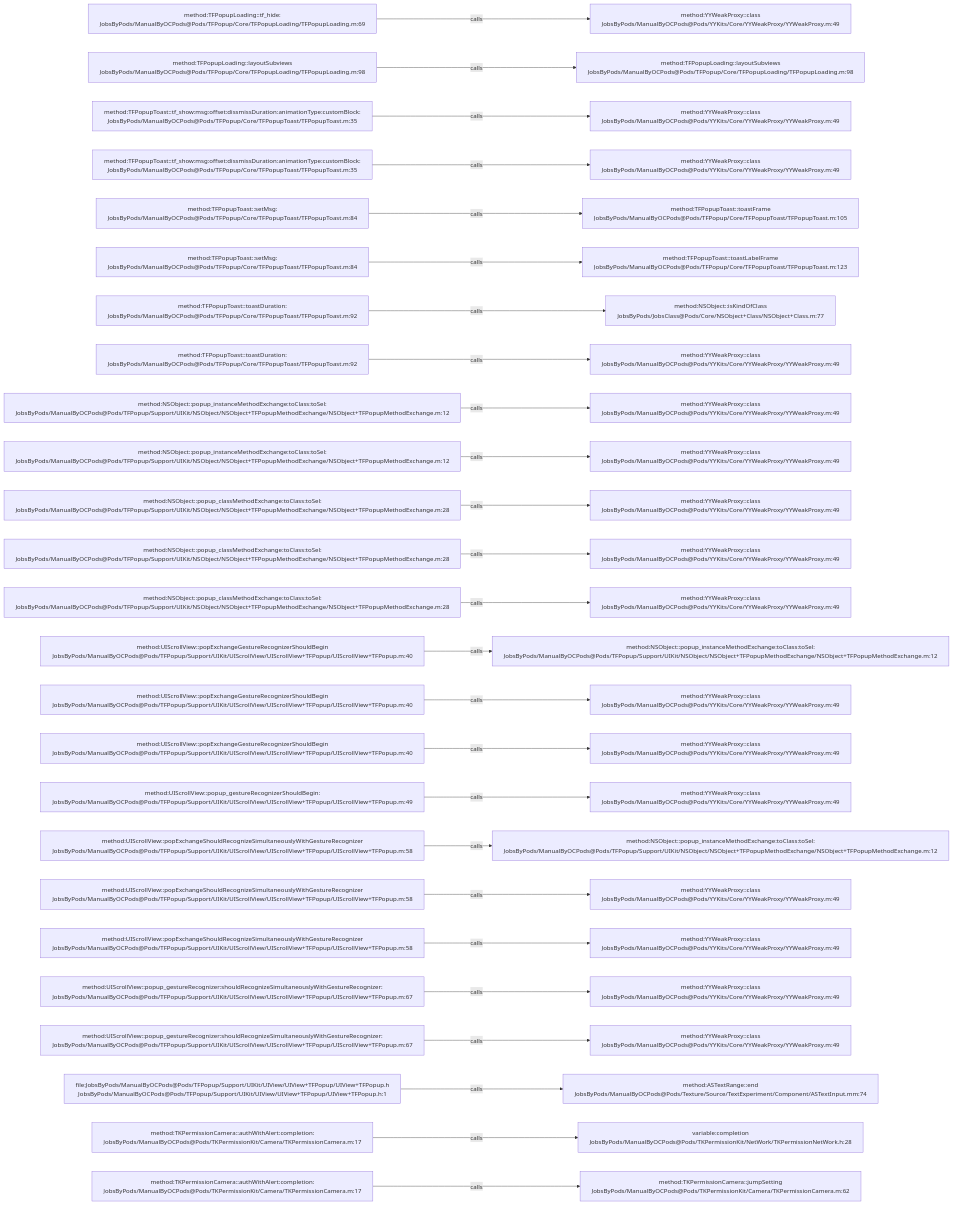
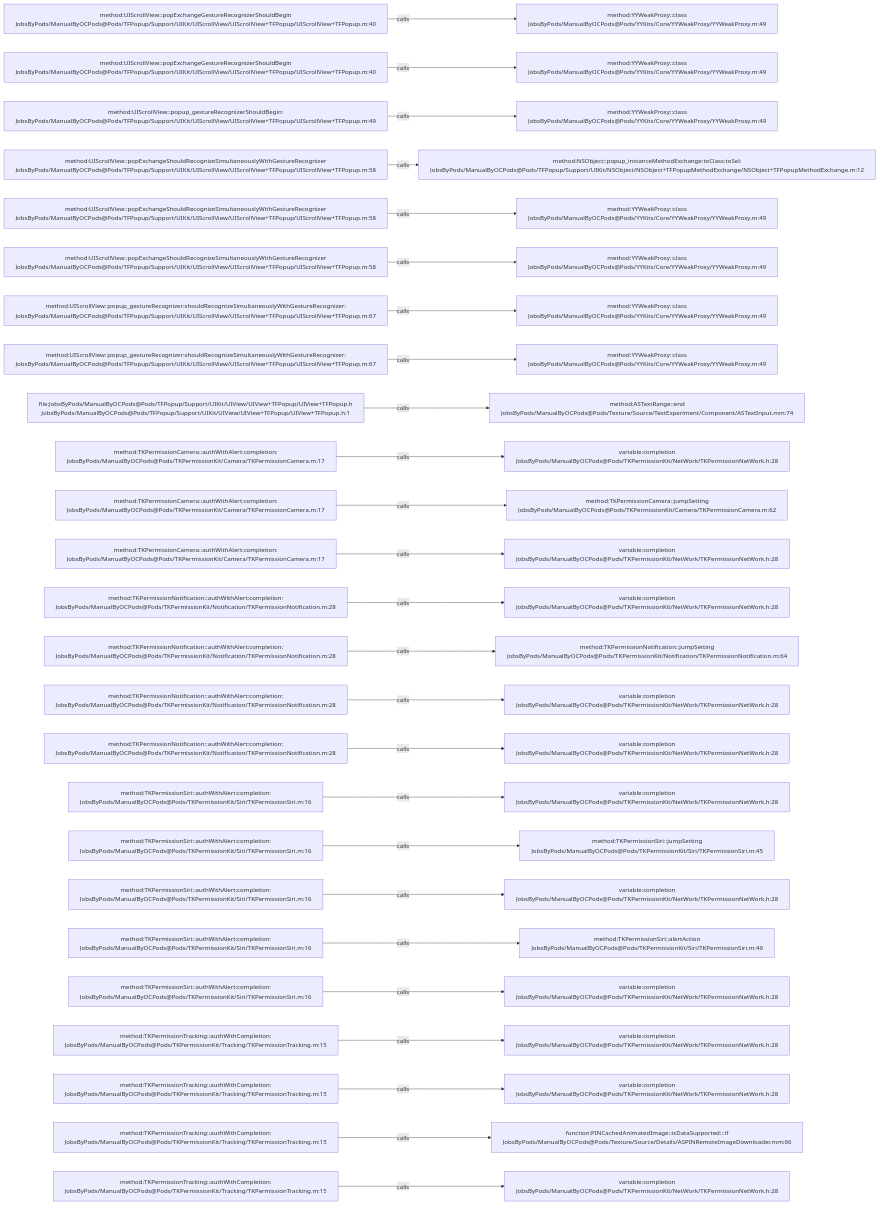
One commit to JobsKits/JobsOCBaseConfigDemo changed the diagram in .codegraph/codegraph.md/graphs/calls-071.md. Above: the diagram before and after it, drawn with Mermaid. The commit also changed 296 other files, not shown here.

````diff
--- a/.codegraph/codegraph.md/graphs/calls-071.md
+++ b/.codegraph/codegraph.md/graphs/calls-071.md
@@ -13,78 +13,78 @@
 ```mermaid
 flowchart LR
-  S1["method:TFPopupLoading::tf_hide:<br/>JobsByPods/ManualByOCPods@Pods/TFPopup/Core/TFPopupLoading/TFPopupLoading.m:69"]
+  S1["method:UIScrollView::popExchangeGestureRecognizerShouldBegin<br/>JobsByPods/ManualByOCPods@Pods/TFPopup/Support/UIKit/UIScrollView/UIScrollView+TFPopup/UIScrollView+TFPopup.m:40"]
   T1["method:YYWeakProxy::class<br/>JobsByPods/ManualByOCPods@Pods/YYKits/Core/YYWeakProxy/YYWeakProxy.m:49"]
   S1 -->|calls| T1
-  S2["method:TFPopupLoading::layoutSubviews<br/>JobsByPods/ManualByOCPods@Pods/TFPopup/Core/TFPopupLoading/TFPopupLoading.m:98"]
-  T2["method:TFPopupLoading::layoutSubviews<br/>JobsByPods/ManualByOCPods@Pods/TFPopup/Core/TFPopupLoading/TFPopupLoading.m:98"]
+  S2["method:UIScrollView::popExchangeGestureRecognizerShouldBegin<br/>JobsByPods/ManualByOCPods@Pods/TFPopup/Support/UIKit/UIScrollView/UIScrollView+TFPopup/UIScrollView+TFPopup.m:40"]
+  T2["method:YYWeakProxy::class<br/>JobsByPods/ManualByOCPods@Pods/YYKits/Core/YYWeakProxy/YYWeakProxy.m:49"]
   S2 -->|calls| T2
-  S3["method:TFPopupToast::tf_show:msg:offset:dissmissDuration:animationType:customBlock:<br/>JobsByPods/ManualByOCPods@Pods/TFPopup/Core/TFPopupToast/TFPopupToast.m:35"]
+  S3["method:UIScrollView::popup_gestureRecognizerShouldBegin:<br/>JobsByPods/ManualByOCPods@Pods/TFPopup/Support/UIKit/UIScrollView/UIScrollView+TFPopup/UIScrollView+TFPopup.m:49"]
   T3["method:YYWeakProxy::class<br/>JobsByPods/ManualByOCPods@Pods/YYKits/Core/YYWeakProxy/YYWeakProxy.m:49"]
   S3 -->|calls| T3
-  S4["method:TFPopupToast::tf_show:msg:offset:dissmissDuration:animationType:customBlock:<br/>JobsByPods/ManualByOCPods@Pods/TFPopup/Core/TFPopupToast/TFPopupToast.m:35"]
-  T4["method:YYWeakProxy::class<br/>JobsByPods/ManualByOCPods@Pods/YYKits/Core/YYWeakProxy/YYWeakProxy.m:49"]
+  S4["method:UIScrollView::popExchangeShouldRecognizeSimultaneouslyWithGestureRecognizer<br/>JobsByPods/ManualByOCPods@Pods/TFPopup/Support/UIKit/UIScrollView/UIScrollView+TFPopup/UIScrollView+TFPopup.m:58"]
+  T4["method:NSObject::popup_instanceMethodExchange:toClass:toSel:<br/>JobsByPods/ManualByOCPods@Pods/TFPopup/Support/UIKit/NSObject/NSObject+TFPopupMethodExchange/NSObject+TFPopupMethodExchange.m:12"]
   S4 -->|calls| T4
-  S5["method:TFPopupToast::setMsg:<br/>JobsByPods/ManualByOCPods@Pods/TFPopup/Core/TFPopupToast/TFPopupToast.m:84"]
-  T5["method:TFPopupToast::toastFrame<br/>JobsByPods/ManualByOCPods@Pods/TFPopup/Core/TFPopupToast/TFPopupToast.m:105"]
+  S5["method:UIScrollView::popExchangeShouldRecognizeSimultaneouslyWithGestureRecognizer<br/>JobsByPods/ManualByOCPods@Pods/TFPopup/Support/UIKit/UIScrollView/UIScrollView+TFPopup/UIScrollView+TFPopup.m:58"]
+  T5["method:YYWeakProxy::class<br/>JobsByPods/ManualByOCPods@Pods/YYKits/Core/YYWeakProxy/YYWeakProxy.m:49"]
   S5 -->|calls| T5
-  S6["method:TFPopupToast::setMsg:<br/>JobsByPods/ManualByOCPods@Pods/TFPopup/Core/TFPopupToast/TFPopupToast.m:84"]
-  T6["method:TFPopupToast::toastLabelFrame<br/>JobsByPods/ManualByOCPods@Pods/TFPopup/Core/TFPopupToast/TFPopupToast.m:123"]
+  S6["method:UIScrollView::popExchangeShouldRecognizeSimultaneouslyWithGestureRecognizer<br/>JobsByPods/ManualByOCPods@Pods/TFPopup/Support/UIKit/UIScrollView/UIScrollView+TFPopup/UIScrollView+TFPopup.m:58"]
+  T6["method:YYWeakProxy::class<br/>JobsByPods/ManualByOCPods@Pods/YYKits/Core/YYWeakProxy/YYWeakProxy.m:49"]
   S6 -->|calls| T6
-  S7["method:TFPopupToast::toastDuration:<br/>JobsByPods/ManualByOCPods@Pods/TFPopup/Core/TFPopupToast/TFPopupToast.m:92"]
-  T7["method:NSObject::isKindOfClass<br/>JobsByPods/JobsClass@Pods/Core/NSObject+Class/NSObject+Class.m:77"]
+  S7["method:UIScrollView::popup_gestureRecognizer:shouldRecognizeSimultaneouslyWithGestureRecognizer:<br/>JobsByPods/ManualByOCPods@Pods/TFPopup/Support/UIKit/UIScrollView/UIScrollView+TFPopup/UIScrollView+TFPopup.m:67"]
+  T7["method:YYWeakProxy::class<br/>JobsByPods/ManualByOCPods@Pods/YYKits/Core/YYWeakProxy/YYWeakProxy.m:49"]
   S7 -->|calls| T7
-  S8["method:TFPopupToast::toastDuration:<br/>JobsByPods/ManualByOCPods@Pods/TFPopup/Core/TFPopupToast/TFPopupToast.m:92"]
+  S8["method:UIScrollView::popup_gestureRecognizer:shouldRecognizeSimultaneouslyWithGestureRecognizer:<br/>JobsByPods/ManualByOCPods@Pods/TFPopup/Support/UIKit/UIScrollView/UIScrollView+TFPopup/UIScrollView+TFPopup.m:67"]
   T8["method:YYWeakProxy::class<br/>JobsByPods/ManualByOCPods@Pods/YYKits/Core/YYWeakProxy/YYWeakProxy.m:49"]
   S8 -->|calls| T8
-  S9["method:NSObject::popup_instanceMethodExchange:toClass:toSel:<br/>JobsByPods/ManualByOCPods@Pods/TFPopup/Support/UIKit/NSObject/NSObject+TFPopupMethodExchange/NSObject+TFPopupMethodExchange.m:12"]
-  T9["method:YYWeakProxy::class<br/>JobsByPods/ManualByOCPods@Pods/YYKits/Core/YYWeakProxy/YYWeakProxy.m:49"]
+  S9["file:JobsByPods/ManualByOCPods@Pods/TFPopup/Support/UIKit/UIView/UIView+TFPopup/UIView+TFPopup.h<br/>JobsByPods/ManualByOCPods@Pods/TFPopup/Support/UIKit/UIView/UIView+TFPopup/UIView+TFPopup.h:1"]
+  T9["method:ASTextRange::end<br/>JobsByPods/ManualByOCPods@Pods/Texture/Source/TextExperiment/Component/ASTextInput.mm:74"]
   S9 -->|calls| T9
-  S10["method:NSObject::popup_instanceMethodExchange:toClass:toSel:<br/>JobsByPods/ManualByOCPods@Pods/TFPopup/Support/UIKit/NSObject/NSObject+TFPopupMethodExchange/NSObject+TFPopupMethodExchange.m:12"]
-  T10["method:YYWeakProxy::class<br/>JobsByPods/ManualByOCPods@Pods/YYKits/Core/YYWeakProxy/YYWeakProxy.m:49"]
+  S10["method:TKPermissionCamera::authWithAlert:completion:<br/>JobsByPods/ManualByOCPods@Pods/TKPermissionKit/Camera/TKPermissionCamera.m:17"]
+  T10["variable:completion<br/>JobsByPods/ManualByOCPods@Pods/TKPermissionKit/NetWork/TKPermissionNetWork.h:28"]
   S10 -->|calls| T10
-  S11["method:NSObject::popup_classMethodExchange:toClass:toSel:<br/>JobsByPods/ManualByOCPods@Pods/TFPopup/Support/UIKit/NSObject/NSObject+TFPopupMethodExchange/NSObject+TFPopupMethodExchange.m:28"]
-  T11["method:YYWeakProxy::class<br/>JobsByPods/ManualByOCPods@Pods/YYKits/Core/YYWeakProxy/YYWeakProxy.m:49"]
+  S11["method:TKPermissionCamera::authWithAlert:completion:<br/>JobsByPods/ManualByOCPods@Pods/TKPermissionKit/Camera/TKPermissionCamera.m:17"]
+  T11["method:TKPermissionCamera::jumpSetting<br/>JobsByPods/ManualByOCPods@Pods/TKPermissionKit/Camera/TKPermissionCamera.m:62"]
   S11 -->|calls| T11
-  S12["method:NSObject::popup_classMethodExchange:toClass:toSel:<br/>JobsByPods/ManualByOCPods@Pods/TFPopup/Support/UIKit/NSObject/NSObject+TFPopupMethodExchange/NSObject+TFPopupMethodExchange.m:28"]
-  T12["method:YYWeakProxy::class<br/>JobsByPods/ManualByOCPods@Pods/YYKits/Core/YYWeakProxy/YYWeakProxy.m:49"]
+  S12["method:TKPermissionCamera::authWithAlert:completion:<br/>JobsByPods/ManualByOCPods@Pods/TKPermissionKit/Camera/TKPermissionCamera.m:17"]
+  T12["variable:completion<br/>JobsByPods/ManualByOCPods@Pods/TKPermissionKit/NetWork/TKPermissionNetWork.h:28"]
   S12 -->|calls| T12
-  S13["method:NSObject::popup_classMethodExchange:toClass:toSel:<br/>JobsByPods/ManualByOCPods@Pods/TFPopup/Support/UIKit/NSObject/NSObject+TFPopupMethodExchange/NSObject+TFPopupMethodExchange.m:28"]
-  T13["method:YYWeakProxy::class<br/>JobsByPods/ManualByOCPods@Pods/YYKits/Core/YYWeakProxy/YYWeakProxy.m:49"]
+  S13["method:TKPermissionNotification::authWithAlert:completion:<br/>JobsByPods/ManualByOCPods@Pods/TKPermissionKit/Notification/TKPermissionNotification.m:28"]
+  T13["variable:completion<br/>JobsByPods/ManualByOCPods@Pods/TKPermissionKit/NetWork/TKPermissionNetWork.h:28"]
   S13 -->|calls| T13
-  S14["method:UIScrollView::popExchangeGestureRecognizerShouldBegin<br/>JobsByPods/ManualByOCPods@Pods/TFPopup/Support/UIKit/UIScrollView/UIScrollView+TFPopup/UIScrollView+TFPopup.m:40"]
-  T14["method:NSObject::popup_instanceMethodExchange:toClass:toSel:<br/>JobsByPods/ManualByOCPods@Pods/TFPopup/Support/UIKit/NSObject/NSObject+TFPopupMethodExchange/NSObject+TFPopupMethodExchange.m:12"]
+  S14["method:TKPermissionNotification::authWithAlert:completion:<br/>JobsByPods/ManualByOCPods@Pods/TKPermissionKit/Notification/TKPermissionNotification.m:28"]
+  T14["method:TKPermissionNotification::jumpSetting<br/>JobsByPods/ManualByOCPods@Pods/TKPermissionKit/Notification/TKPermissionNotification.m:64"]
   S14 -->|calls| T14
-  S15["method:UIScrollView::popExchangeGestureRecognizerShouldBegin<br/>JobsByPods/ManualByOCPods@Pods/TFPopup/Support/UIKit/UIScrollView/UIScrollView+TFPopup/UIScrollView+TFPopup.m:40"]
-  T15["method:YYWeakProxy::class<br/>JobsByPods/ManualByOCPods@Pods/YYKits/Core/YYWeakProxy/YYWeakProxy.m:49"]
+  S15["method:TKPermissionNotification::authWithAlert:completion:<br/>JobsByPods/ManualByOCPods@Pods/TKPermissionKit/Notification/TKPermissionNotification.m:28"]
+  T15["variable:completion<br/>JobsByPods/ManualByOCPods@Pods/TKPermissionKit/NetWork/TKPermissionNetWork.h:28"]
   S15 -->|calls| T15
-  S16["method:UIScrollView::popExchangeGestureRecognizerShouldBegin<br/>JobsByPods/ManualByOCPods@Pods/TFPopup/Support/UIKit/UIScrollView/UIScrollView+TFPopup/UIScrollView+TFPopup.m:40"]
-  T16["method:YYWeakProxy::class<br/>JobsByPods/ManualByOCPods@Pods/YYKits/Core/YYWeakProxy/YYWeakProxy.m:49"]
+  S16["method:TKPermissionNotification::authWithAlert:completion:<br/>JobsByPods/ManualByOCPods@Pods/TKPermissionKit/Notification/TKPermissionNotification.m:28"]
+  T16["variable:completion<br/>JobsByPods/ManualByOCPods@Pods/TKPermissionKit/NetWork/TKPermissionNetWork.h:28"]
   S16 -->|calls| T16
-  S17["method:UIScrollView::popup_gestureRecognizerShouldBegin:<br/>JobsByPods/ManualByOCPods@Pods/TFPopup/Support/UIKit/UIScrollView/UIScrollView+TFPopup/UIScrollView+TFPopup.m:49"]
-  T17["method:YYWeakProxy::class<br/>JobsByPods/ManualByOCPods@Pods/YYKits/Core/YYWeakProxy/YYWeakProxy.m:49"]
+  S17["method:TKPermissionSiri::authWithAlert:completion:<br/>JobsByPods/ManualByOCPods@Pods/TKPermissionKit/Siri/TKPermissionSiri.m:16"]
+  T17["variable:completion<br/>JobsByPods/ManualByOCPods@Pods/TKPermissionKit/NetWork/TKPermissionNetWork.h:28"]
   S17 -->|calls| T17
-  S18["method:UIScrollView::popExchangeShouldRecognizeSimultaneouslyWithGestureRecognizer<br/>JobsByPods/ManualByOCPods@Pods/TFPopup/Support/UIKit/UIScrollView/UIScrollView+TFPopup/UIScrollView+TFPopup.m:58"]
-  T18["method:NSObject::popup_instanceMethodExchange:toClass:toSel:<br/>JobsByPods/ManualByOCPods@Pods/TFPopup/Support/UIKit/NSObject/NSObject+TFPopupMethodExchange/NSObject+TFPopupMethodExchange.m:12"]
+  S18["method:TKPermissionSiri::authWithAlert:completion:<br/>JobsByPods/ManualByOCPods@Pods/TKPermissionKit/Siri/TKPermissionSiri.m:16"]
+  T18["method:TKPermissionSiri::jumpSetting<br/>JobsByPods/ManualByOCPods@Pods/TKPermissionKit/Siri/TKPermissionSiri.m:45"]
   S18 -->|calls| T18
-  S19["method:UIScrollView::popExchangeShouldRecognizeSimultaneouslyWithGestureRecognizer<br/>JobsByPods/ManualByOCPods@Pods/TFPopup/Support/UIKit/UIScrollView/UIScrollView+TFPopup/UIScrollView+TFPopup.m:58"]
-  T19["method:YYWeakProxy::class<br/>JobsByPods/ManualByOCPods@Pods/YYKits/Core/YYWeakProxy/YYWeakProxy.m:49"]
+  S19["method:TKPermissionSiri::authWithAlert:completion:<br/>JobsByPods/ManualByOCPods@Pods/TKPermissionKit/Siri/TKPermissionSiri.m:16"]
+  T19["variable:completion<br/>JobsByPods/ManualByOCPods@Pods/TKPermissionKit/NetWork/TKPermissionNetWork.h:28"]
   S19 -->|calls| T19
-  S20["method:UIScrollView::popExchangeShouldRecognizeSimultaneouslyWithGestureRecognizer<br/>JobsByPods/ManualByOCPods@Pods/TFPopup/Support/UIKit/UIScrollView/UIScrollView+TFPopup/UIScrollView+TFPopup.m:58"]
-  T20["method:YYWeakProxy::class<br/>JobsByPods/ManualByOCPods@Pods/YYKits/Core/YYWeakProxy/YYWeakProxy.m:49"]
+  S20["method:TKPermissionSiri::authWithAlert:completion:<br/>JobsByPods/ManualByOCPods@Pods/TKPermissionKit/Siri/TKPermissionSiri.m:16"]
+  T20["method:TKPermissionSiri::alertAction<br/>JobsByPods/ManualByOCPods@Pods/TKPermissionKit/Siri/TKPermissionSiri.m:49"]
   S20 -->|calls| T20
-  S21["method:UIScrollView::popup_gestureRecognizer:shouldRecognizeSimultaneouslyWithGestureRecognizer:<br/>JobsByPods/ManualByOCPods@Pods/TFPopup/Support/UIKit/UIScrollView/UIScrollView+TFPopup/UIScrollView+TFPopup.m:67"]
-  T21["method:YYWeakProxy::class<br/>JobsByPods/ManualByOCPods@Pods/YYKits/Core/YYWeakProxy/YYWeakProxy.m:49"]
+  S21["method:TKPermissionSiri::authWithAlert:completion:<br/>JobsByPods/ManualByOCPods@Pods/TKPermissionKit/Siri/TKPermissionSiri.m:16"]
+  T21["variable:completion<br/>JobsByPods/ManualByOCPods@Pods/TKPermissionKit/NetWork/TKPermissionNetWork.h:28"]
   S21 -->|calls| T21
-  S22["method:UIScrollView::popup_gestureRecognizer:shouldRecognizeSimultaneouslyWithGestureRecognizer:<br/>JobsByPods/ManualByOCPods@Pods/TFPopup/Support/UIKit/UIScrollView/UIScrollView+TFPopup/UIScrollView+TFPopup.m:67"]
-  T22["method:YYWeakProxy::class<br/>JobsByPods/ManualByOCPods@Pods/YYKits/Core/YYWeakProxy/YYWeakProxy.m:49"]
+  S22["method:TKPermissionTracking::authWithCompletion:<br/>JobsByPods/ManualByOCPods@Pods/TKPermissionKit/Tracking/TKPermissionTracking.m:15"]
+  T22["variable:completion<br/>JobsByPods/ManualByOCPods@Pods/TKPermissionKit/NetWork/TKPermissionNetWork.h:28"]
   S22 -->|calls| T22
-  S23["file:JobsByPods/ManualByOCPods@Pods/TFPopup/Support/UIKit/UIView/UIView+TFPopup/UIView+TFPopup.h<br/>JobsByPods/ManualByOCPods@Pods/TFPopup/Support/UIKit/UIView/UIView+TFPopup/UIView+TFPopup.h:1"]
-  T23["method:ASTextRange::end<br/>JobsByPods/ManualByOCPods@Pods/Texture/Source/TextExperiment/Component/ASTextInput.mm:74"]
+  S23["method:TKPermissionTracking::authWithCompletion:<br/>JobsByPods/ManualByOCPods@Pods/TKPermissionKit/Tracking/TKPermissionTracking.m:15"]
+  T23["variable:completion<br/>JobsByPods/ManualByOCPods@Pods/TKPermissionKit/NetWork/TKPermissionNetWork.h:28"]
   S23 -->|calls| T23
-  S24["method:TKPermissionCamera::authWithAlert:completion:<br/>JobsByPods/ManualByOCPods@Pods/TKPermissionKit/Camera/TKPermissionCamera.m:17"]
-  T24["variable:completion<br/>JobsByPods/ManualByOCPods@Pods/TKPermissionKit/NetWork/TKPermissionNetWork.h:28"]
+  S24["method:TKPermissionTracking::authWithCompletion:<br/>JobsByPods/ManualByOCPods@Pods/TKPermissionKit/Tracking/TKPermissionTracking.m:15"]
+  T24["function:PINCachedAnimatedImage::isDataSupported:::if<br/>JobsByPods/ManualByOCPods@Pods/Texture/Source/Details/ASPINRemoteImageDownloader.mm:66"]
   S24 -->|calls| T24
-  S25["method:TKPermissionCamera::authWithAlert:completion:<br/>JobsByPods/ManualByOCPods@Pods/TKPermissionKit/Camera/TKPermissionCamera.m:17"]
-  T25["method:TKPermissionCamera::jumpSetting<br/>JobsByPods/ManualByOCPods@Pods/TKPermissionKit/Camera/TKPermissionCamera.m:62"]
+  S25["method:TKPermissionTracking::authWithCompletion:<br/>JobsByPods/ManualByOCPods@Pods/TKPermissionKit/Tracking/TKPermissionTracking.m:15"]
+  T25["variable:completion<br/>JobsByPods/ManualByOCPods@Pods/TKPermissionKit/NetWork/TKPermissionNetWork.h:28"]
   S25 -->|calls| T25
 ```
````
